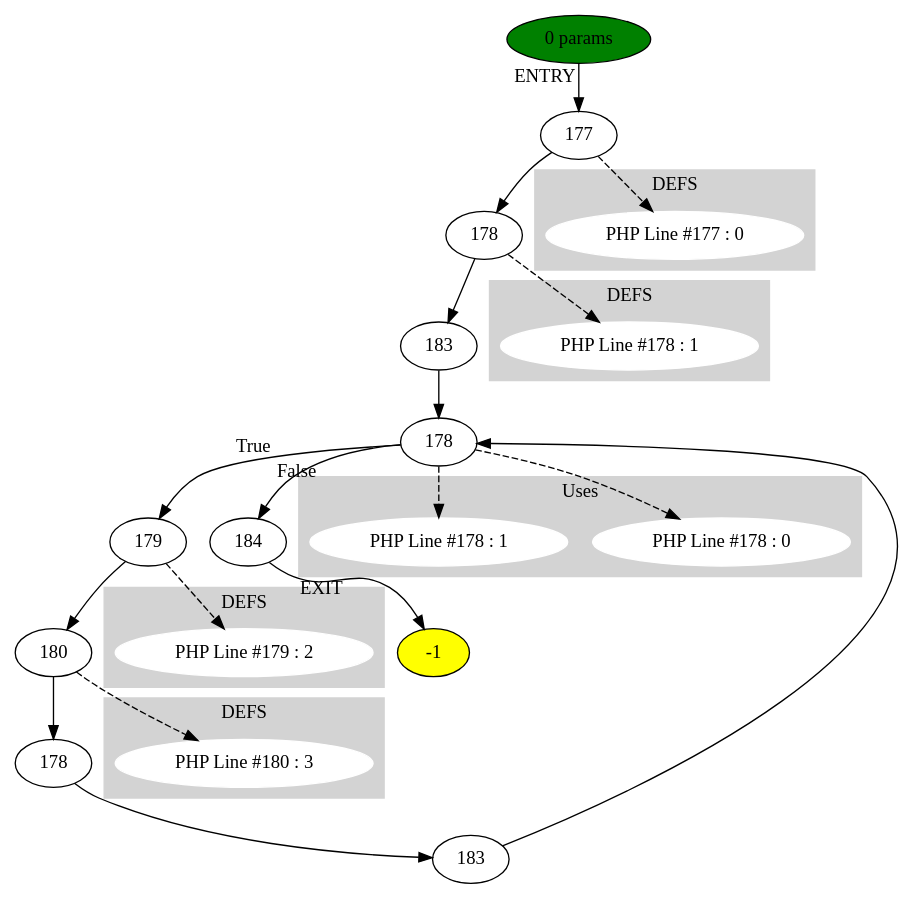
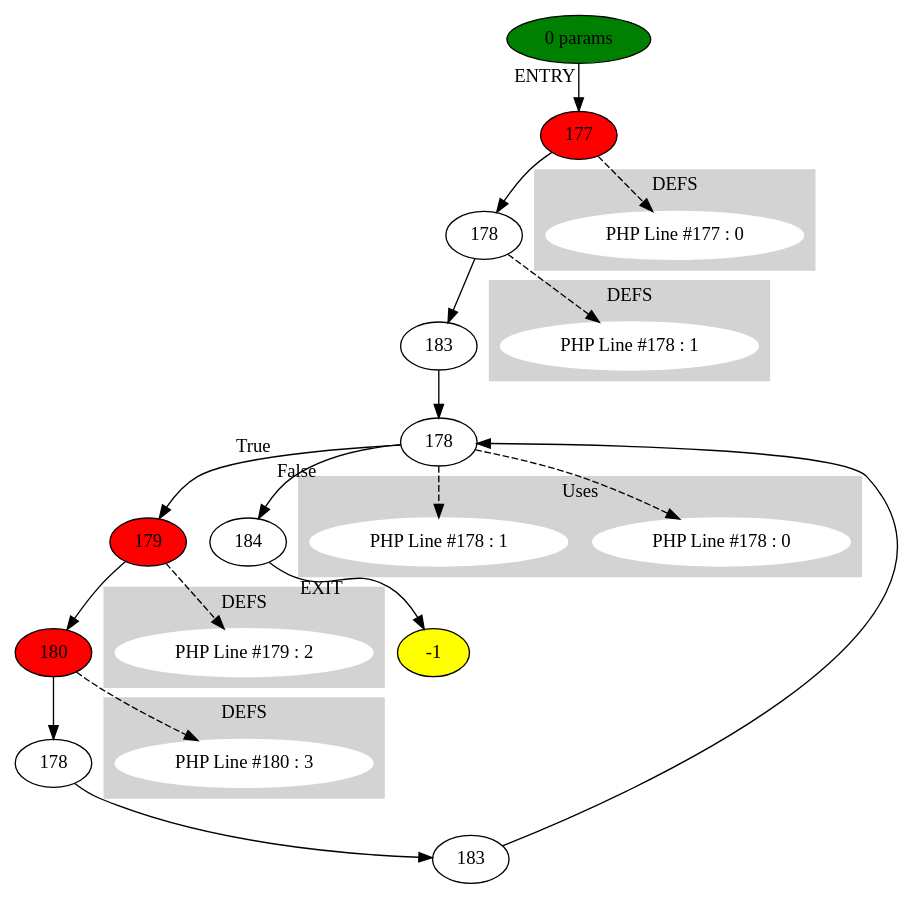
Before and after one commit to brianedmonds90/CFG-Hip-Hop: the diagram in CFG_FROM_PHP/graphViz/assign_me_Function insertSites at 1750 (ID 8).dot, drawn with Graphviz. The commit also changed 27 other files, not shown here.

```diff
--- a/CFG_FROM_PHP/graphViz/assign_me_Function insertSites at 1750 (ID 8).dot
+++ b/CFG_FROM_PHP/graphViz/assign_me_Function insertSites at 1750 (ID 8).dot
@@ -1,82 +1,35 @@
 digraph testName {
-0 [label="177" tooltip="FPushFuncD
-FPassL
-FCall
-UnboxR
-SetL
-PopC
-"];
-1 [label="178" tooltip="Int
-SetL
-"];
-2 [label="183" tooltip="PopC
-"];
-3 [label="178" tooltip="CGetL
-CGetL2
-Lt
-JmpZ
-"];
-4 [label="179" tooltip="FPushFuncD
-String
-CGetM
-String
-Add
-CGetM
-String
-Add
-Add
-CGetM
-String
-Add
-Add
-CGetM
-String
-Add
-Add
-Add
-FPassCE
-FCall
-UnboxR
-SetL
-PopC
-"];
-5 [label="180" tooltip="FPushFuncD
-FPassL
-FCall
-UnboxR
-SetL
-PopC
-"];
-6 [label="178" tooltip="IncDecL
-"];
-7 [label="183" tooltip="PopC
-Jmp
-"];
-8 [label="184" tooltip="Null
-RetC
-"];
+0 [label="177" , fillcolor = red, style = filled];
+1 [label="178"];
+2 [label="183"];
+3 [label="178"];
+4 [label="179" , fillcolor = red, style = filled];
+5 [label="180" , fillcolor = red, style = filled];
+6 [label="178"];
+7 [label="183"];
+8 [label="184"];
 0 -> 1;
 1 -> 2;
 2 -> 3;
 3 -> 4[xlabel="True"];
 3 -> 8[xlabel="False"];
 4 -> 5;
 5 -> 6;
 6 -> 7;
 7 -> 3;
 -2 -> 0[xlabel="ENTRY"];
 8 -> -1[xlabel="EXIT"];
 -2 [fillcolor = green, style = filled]-1 [fillcolor= yellow, style = filled] subgraph cluster_g_0 { style=filled; color=lightgrey; node [style=filled,color=white]; g_0[label= "PHP Line #177 : 0"];label = "DEFS";}
 0 -> g_0 [style="dashed"];
 subgraph cluster_g_1 { style=filled; color=lightgrey; node [style=filled,color=white]; g_1[label= "PHP Line #178 : 1"];label = "DEFS";}
 1 -> g_1 [style="dashed"];
 subgraph cluster_g_4 { style=filled; color=lightgrey; node [style=filled,color=white]; g_4[label= "PHP Line #179 : 2"];label = "DEFS";}
 4 -> g_4 [style="dashed"];
 subgraph cluster_g_5 { style=filled; color=lightgrey; node [style=filled,color=white]; g_5[label= "PHP Line #180 : 3"];label = "DEFS";}
 5 -> g_5 [style="dashed"];
 subgraph cluster_use_3 { style=filled; color=lightgrey; node [style=filled,color=white]; use_3_0[label= "PHP Line #178 : 0"];label = "Uses";}
 3 -> use_3_0 [style="dashed"];
 subgraph cluster_use_3 { style=filled; color=lightgrey; node [style=filled,color=white]; use_3_1[label= "PHP Line #178 : 1"];label = "Uses";}
 3 -> use_3_1 [style="dashed"];
 -2 [label="0 params"];
 }
```
